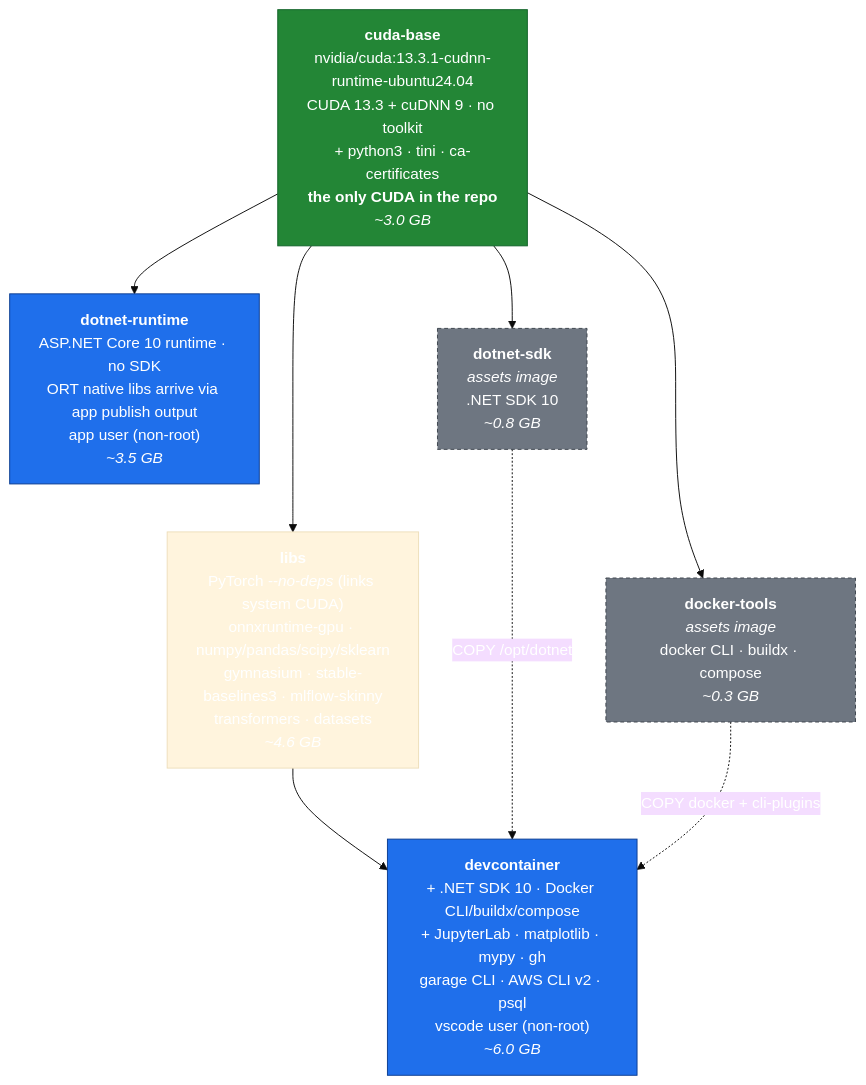
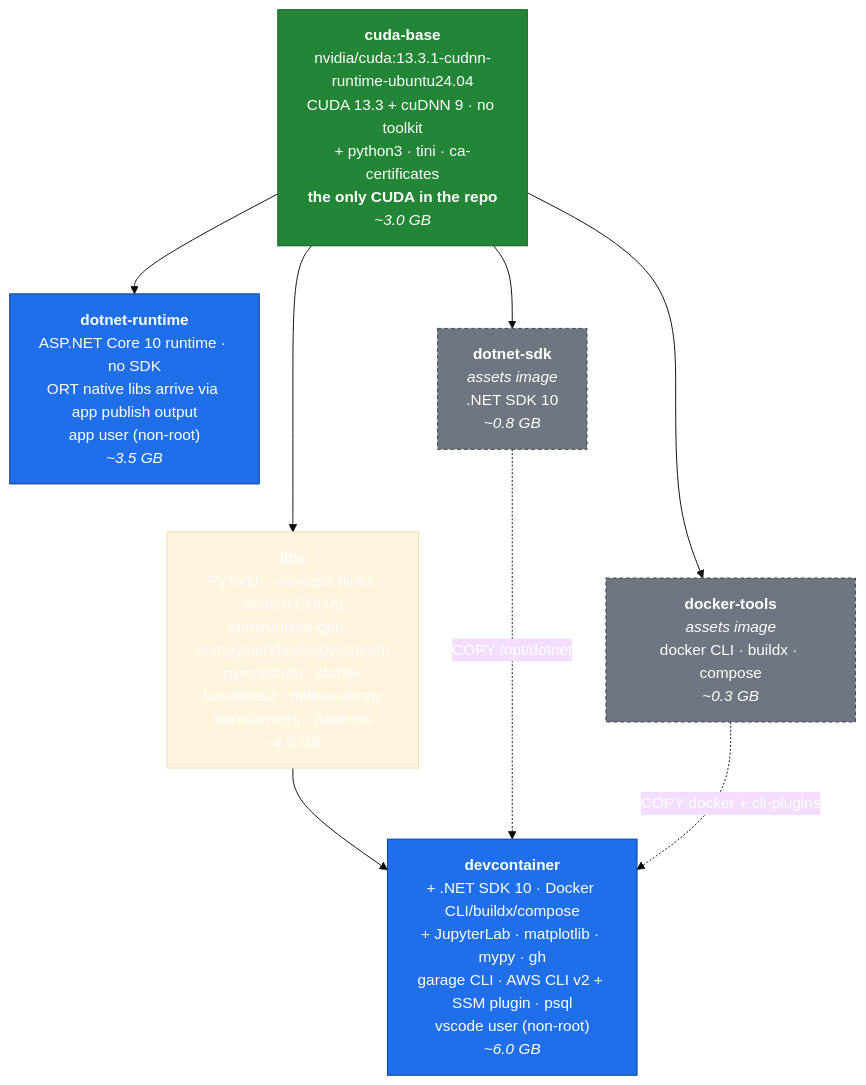
Before and after one commit to goldsam/ml-images: the diagram in DESIGN.md, drawn with Mermaid (base theme). The commit also changed 4 other files, not shown here.

First line of the commit message:
Add the AWS Session Manager plugin to the devcontainer

````diff
--- a/DESIGN.md
+++ b/DESIGN.md
@@ -49,30 +49,30 @@
 ```mermaid
 graph TD
     cudabase["<b>cuda-base</b><br/>nvidia/cuda:13.3.1-cudnn-runtime-ubuntu24.04<br/>CUDA 13.3 + cuDNN 9 · no toolkit<br/>+ python3 · tini · ca-certificates<br/><b>the only CUDA in the repo</b><br/><i>~3.0 GB</i>"]
 
     libs["<b>libs</b><br/>PyTorch <i>--no-deps</i> (links system CUDA)<br/>onnxruntime-gpu · numpy/pandas/scipy/sklearn<br/>gymnasium · stable-baselines3 · mlflow-skinny<br/>transformers · datasets<br/><i>~4.6 GB</i>"]
 
-    devc["<b>devcontainer</b><br/>+ .NET SDK 10 · Docker CLI/buildx/compose<br/>+ JupyterLab · matplotlib · mypy · gh<br/>garage CLI · AWS CLI v2 · psql<br/>vscode user (non-root)<br/><i>~6.0 GB</i>"]
+    devc["<b>devcontainer</b><br/>+ .NET SDK 10 · Docker CLI/buildx/compose<br/>+ JupyterLab · matplotlib · mypy · gh<br/>garage CLI · AWS CLI v2 + SSM plugin · psql<br/>vscode user (non-root)<br/><i>~6.0 GB</i>"]
 
     dotnetrt["<b>dotnet-runtime</b><br/>ASP.NET Core 10 runtime · no SDK<br/>ORT native libs arrive via app publish output<br/>app user (non-root)<br/><i>~3.5 GB</i>"]
 
     dotnetsdk["<b>dotnet-sdk</b><br/><i>assets image</i><br/>.NET SDK 10<br/><i>~0.8 GB</i>"]
 
     dockertools["<b>docker-tools</b><br/><i>assets image</i><br/>docker CLI · buildx · compose<br/><i>~0.3 GB</i>"]
 
     cudabase --> libs
     cudabase --> dotnetrt
     cudabase --> dotnetsdk
     cudabase --> dockertools
     libs --> devc
     dotnetsdk ~~~ dockertools
     dotnetsdk -.->|"COPY /opt/dotnet"| devc
     dockertools -.->|"COPY docker + cli-plugins"| devc
 
     classDef leaf fill:#1f6feb,stroke:#0b3d91,color:#fff
     classDef assets fill:#6e7681,stroke:#3d444d,color:#fff,stroke-dasharray:4 3
     classDef root fill:#238636,stroke:#116329,color:#fff
     class devc,dotnetrt leaf
     class dotnetsdk,dockertools assets
     class cudabase root
 ```
````
